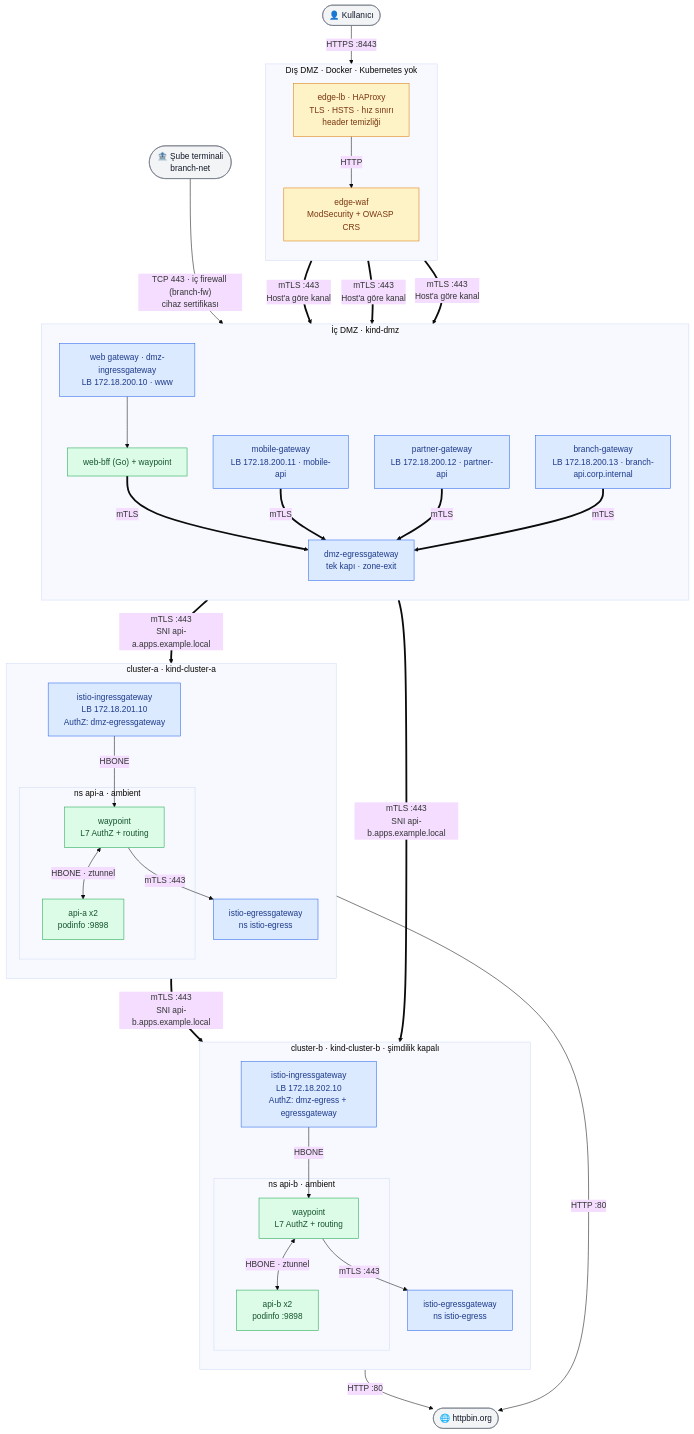
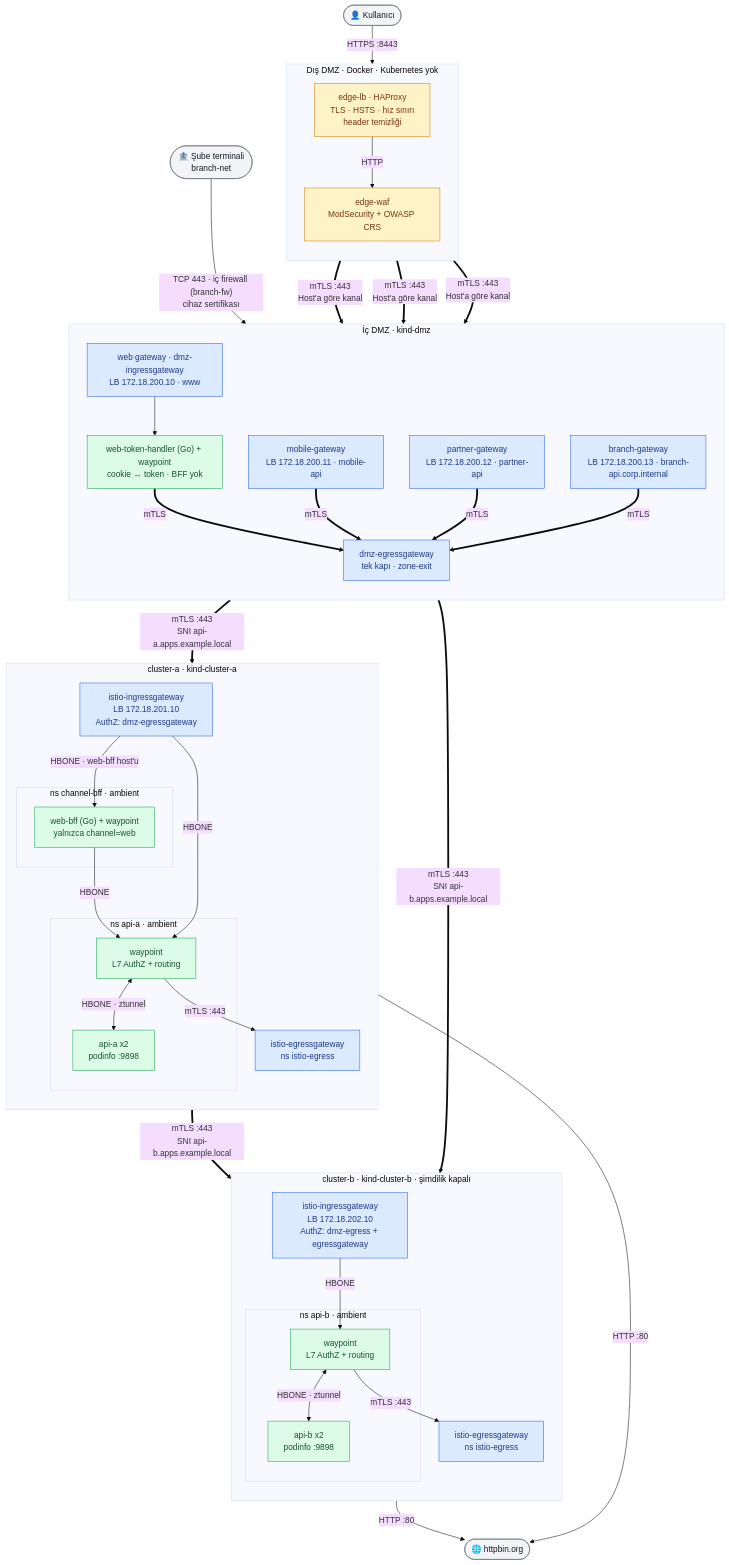
Before and after one commit to olgunyldz/service-mesh-lab: the third of 11 diagrams in README.md, drawn with Mermaid (base theme). The commit also changed other lines of this file and 36 other files, not shown here.

First line of the commit message:
idp-token-exchange: IdP-issued internal JWT, web token handler, internal BFF

````diff
--- a/README.md
+++ b/README.md
@@ -162,70 +164,75 @@
 ```mermaid
 flowchart TB
     user(["👤 Kullanıcı"])
     internet(["🌐 httpbin.org"])
 
     subgraph EDGE["Dış DMZ · Docker · Kubernetes yok"]
         direction TB
         haproxy["edge-lb · HAProxy<br/>TLS · HSTS · hız sınırı<br/>header temizliği"]
         waf["edge-waf<br/>ModSecurity + OWASP CRS"]
         haproxy -->|"HTTP"| waf
     end
 
     subgraph DMZ["İç DMZ · kind-dmz"]
         direction TB
         dmzgw["web gateway · dmz-ingressgateway<br/>LB 172.18.200.10 · www"]
-        bff["web-bff (Go) + waypoint"]
+        bff["web-token-handler (Go) + waypoint<br/>cookie ↔ token · BFF yok"]
         mobgw["mobile-gateway<br/>LB 172.18.200.11 · mobile-api"]
         pargw["partner-gateway<br/>LB 172.18.200.12 · partner-api"]
         brgw["branch-gateway<br/>LB 172.18.200.13 · branch-api.corp.internal"]
         dmzeg["dmz-egressgateway<br/>tek kapı · zone-exit"]
         dmzgw --> bff ==>|"mTLS"| dmzeg
         mobgw ==>|"mTLS"| dmzeg
         pargw ==>|"mTLS"| dmzeg
         brgw ==>|"mTLS"| dmzeg
     end
 
     subgraph A["cluster-a · kind-cluster-a"]
         direction TB
         agw["istio-ingressgateway<br/>LB 172.18.201.10<br/>AuthZ: dmz-egressgateway"]
+        subgraph nsbff["ns channel-bff · ambient"]
+            webbff["web-bff (Go) + waypoint<br/>yalnızca channel=web"]
+        end
         subgraph nsa["ns api-a · ambient"]
             awp["waypoint<br/>L7 AuthZ + routing"]
             aapi["api-a x2<br/>podinfo :9898"]
         end
         aeg["istio-egressgateway<br/>ns istio-egress"]
+        agw -->|"HBONE · web-bff host'u"| webbff
+        webbff -->|"HBONE"| awp
         agw -->|"HBONE"| awp
         awp <-->|"HBONE · ztunnel"| aapi
         awp -->|"mTLS :443"| aeg
     end
 
     subgraph B["cluster-b · kind-cluster-b · şimdilik kapalı"]
         direction TB
         bgw["istio-ingressgateway<br/>LB 172.18.202.10<br/>AuthZ: dmz-egress + egressgateway"]
         subgraph nsb["ns api-b · ambient"]
             bwp["waypoint<br/>L7 AuthZ + routing"]
             bapi["api-b x2<br/>podinfo :9898"]
         end
         beg["istio-egressgateway<br/>ns istio-egress"]
         bgw -->|"HBONE"| bwp
         bwp <-->|"HBONE · ztunnel"| bapi
         bwp -->|"mTLS :443"| beg
     end
 
     user -->|"HTTPS :8443"| haproxy
     branch(["🏦 Şube terminali<br/>branch-net"]) -->|"TCP 443 · iç firewall (branch-fw)<br/>cihaz sertifikası"| brgw
     waf ==>|"mTLS :443<br/>Host'a göre kanal"| dmzgw & mobgw & pargw
     dmzeg ==>|"mTLS :443<br/>SNI api-a.apps.example.local"| agw
     dmzeg ==>|"mTLS :443<br/>SNI api-b.apps.example.local"| bgw
     aeg ==>|"mTLS :443<br/>SNI api-b.apps.example.local"| bgw
     aeg -->|"HTTP :80"| internet
     beg -->|"HTTP :80"| internet
 
     classDef gw fill:#dbeafe,stroke:#2563eb,color:#1e3a8a
     classDef app fill:#dcfce7,stroke:#16a34a,color:#14532d
     classDef edge fill:#fef3c7,stroke:#d97706,color:#78350f
     classDef ext fill:#f3f4f6,stroke:#6b7280,color:#111827
     class dmzgw,mobgw,pargw,brgw,dmzeg,agw,bgw,aeg,beg gw
-    class bff,awp,bwp,aapi,bapi app
+    class bff,webbff,awp,bwp,aapi,bapi app
     class haproxy,waf edge
     class user,internet,branch ext
 ```
````
